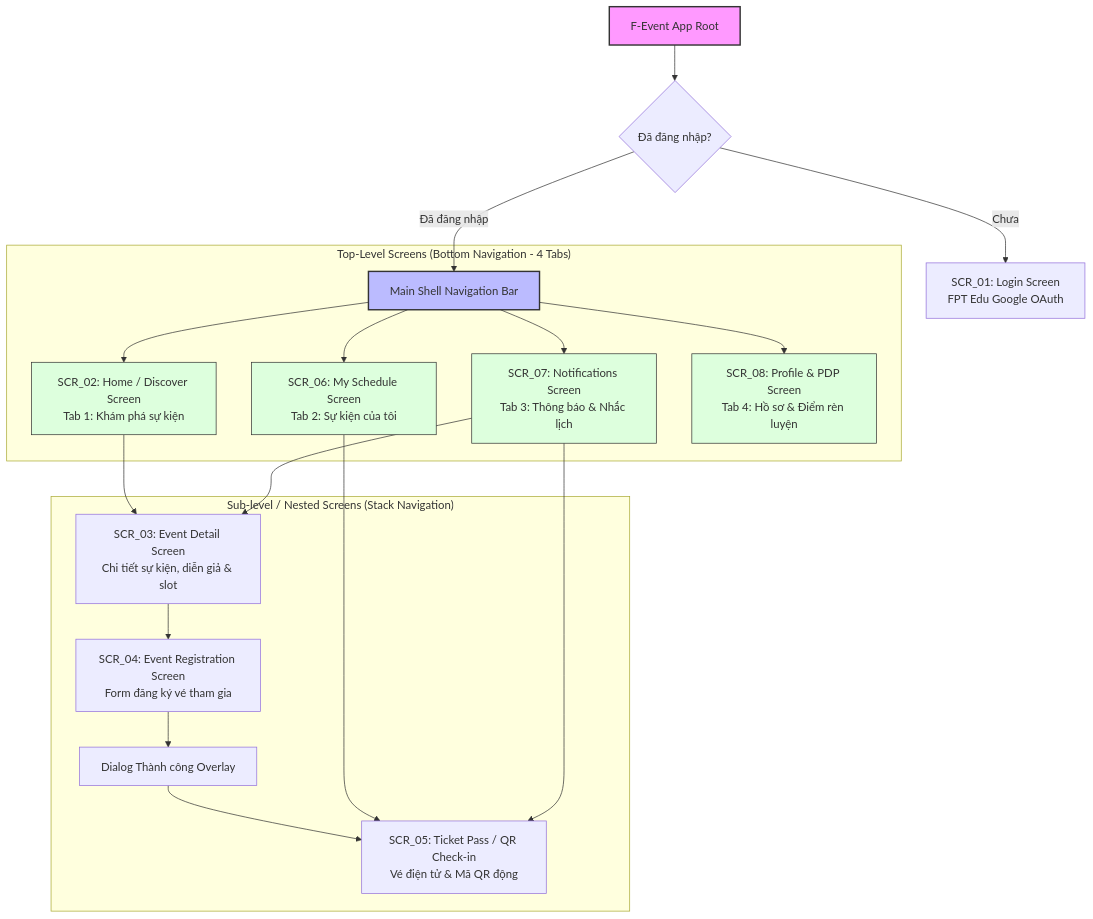
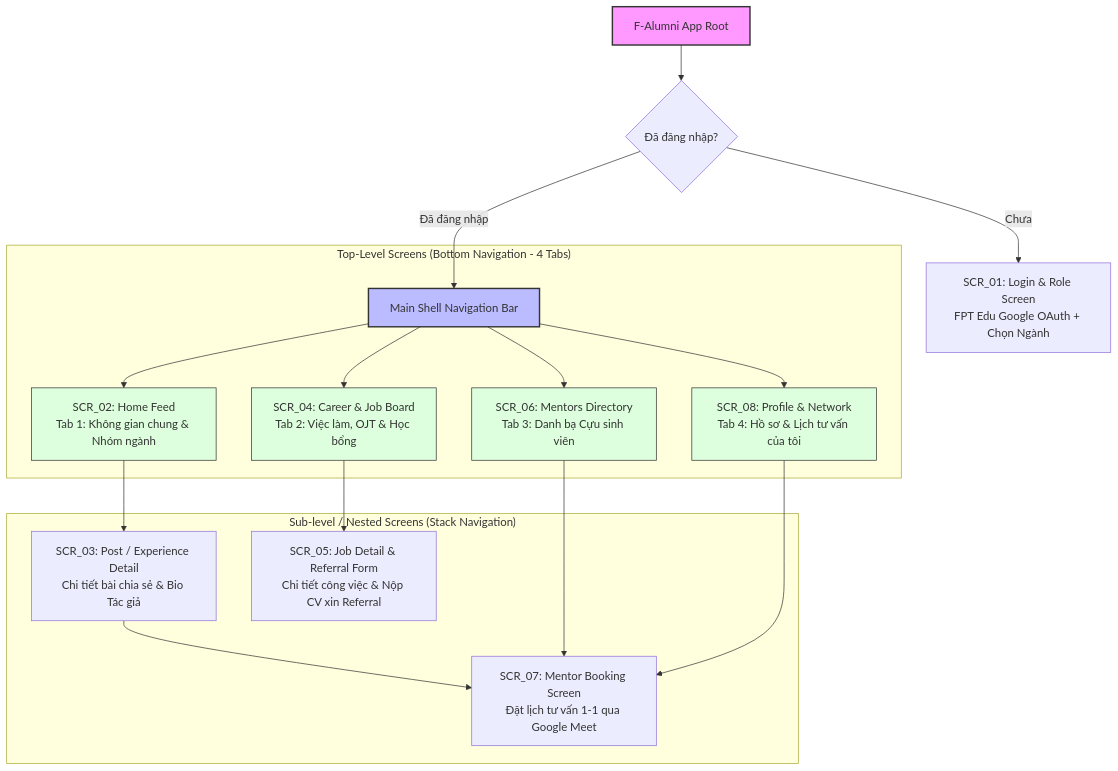
The first of 4 diagrams in ux/user-flow.md (chstrg2208/PRN-LAB-2-), drawn with Mermaid before and after one commit. The commit also changed other lines of this file and 17 other files, not shown here.

Commit message:
refactor(project): update project topic to F-Alumni Mentorship and Career Network for Group 4

````diff
--- a/ux/user-flow.md
+++ b/ux/user-flow.md
@@ -14,32 +15,31 @@
 ```mermaid
 graph TD
-    AppRoot[F-Event App Root] --> AuthGate{Đã đăng nhập?}
+    AppRoot[F-Alumni App Root] --> AuthGate{Đã đăng nhập?}
     
-    AuthGate -- Chưa --> SCR_01[SCR_01: Login Screen\nFPT Edu Google OAuth]
+    AuthGate -- Chưa --> SCR_01[SCR_01: Login & Role Screen\nFPT Edu Google OAuth + Chọn Ngành]
     AuthGate -- Đã đăng nhập --> MainShell[Main Shell Navigation Bar]
     
     subgraph TopLevelTabs ["Top-Level Screens (Bottom Navigation - 4 Tabs)"]
-        MainShell --> SCR_02[SCR_02: Home / Discover Screen\nTab 1: Khám phá sự kiện]
-        MainShell --> SCR_06[SCR_06: My Schedule Screen\nTab 2: Sự kiện của tôi]
-        MainShell --> SCR_07[SCR_07: Notifications Screen\nTab 3: Thông báo & Nhắc lịch]
-        MainShell --> SCR_08[SCR_08: Profile & PDP Screen\nTab 4: Hồ sơ & Điểm rèn luyện]
+        MainShell --> SCR_02[SCR_02: Home Feed\nTab 1: Không gian chung & Nhóm ngành]
+        MainShell --> SCR_04[SCR_04: Career & Job Board\nTab 2: Việc làm, OJT & Học bổng]
+        MainShell --> SCR_06[SCR_06: Mentors Directory\nTab 3: Danh bạ Cựu sinh viên]
+        MainShell --> SCR_08[SCR_08: Profile & Network\nTab 4: Hồ sơ & Lịch tư vấn của tôi]
     end
     
     subgraph NestedScreens ["Sub-level / Nested Screens (Stack Navigation)"]
-        SCR_02 --> SCR_03[SCR_03: Event Detail Screen\nChi tiết sự kiện, diễn giả & slot]
-        SCR_03 --> SCR_04[SCR_04: Event Registration Screen\nForm đăng ký vé tham gia]
-        SCR_04 --> ModalSuccess[Dialog Thành công Overlay]
-        ModalSuccess --> SCR_05[SCR_05: Ticket Pass / QR Check-in\nVé điện tử & Mã QR động]
+        SCR_02 --> SCR_03[SCR_03: Post / Experience Detail\nChi tiết bài chia sẻ & Bio Tác giả]
+        SCR_03 --> SCR_07[SCR_07: Mentor Booking Screen\nĐặt lịch tư vấn 1-1 qua Google Meet]
         
-        SCR_06 --> SCR_05
-        SCR_07 --> SCR_03
-        SCR_07 --> SCR_05
+        SCR_04 --> SCR_05[SCR_05: Job Detail & Referral Form\nChi tiết công việc & Nộp CV xin Referral]
+        
+        SCR_06 --> SCR_07
+        SCR_08 --> SCR_07
     end
 
     style AppRoot fill:#f9f,stroke:#333,stroke-width:2px
     style MainShell fill:#bbf,stroke:#333,stroke-width:2px
     style SCR_02 fill:#dfd,stroke:#333,stroke-width:1px
+    style SCR_04 fill:#dfd,stroke:#333,stroke-width:1px
     style SCR_06 fill:#dfd,stroke:#333,stroke-width:1px
-    style SCR_07 fill:#dfd,stroke:#333,stroke-width:1px
     style SCR_08 fill:#dfd,stroke:#333,stroke-width:1px
 ```
````
